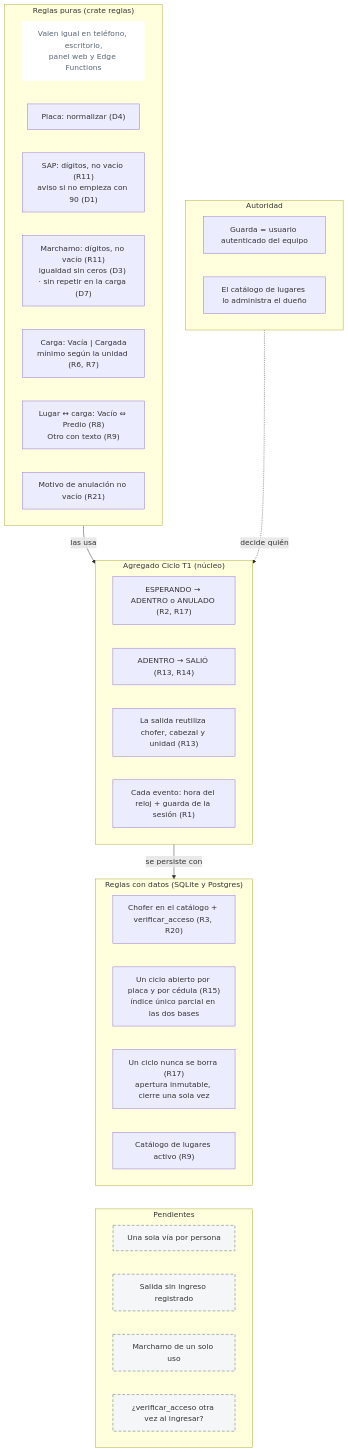
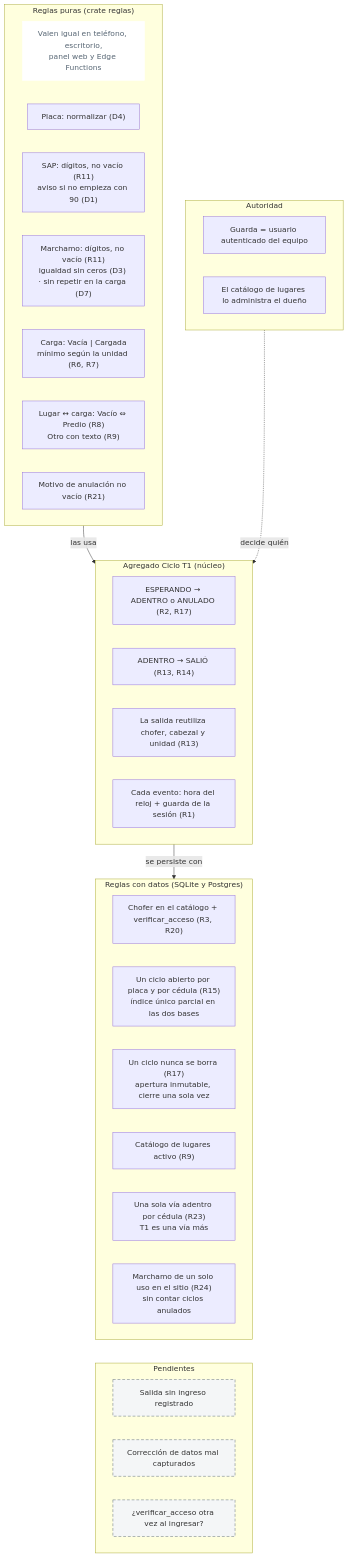
The fifth of 5 diagrams in docs/features-futuras/plan-control-t1.md (DQM27/acceso_CLI), drawn with Mermaid before and after one commit. The commit also changed other lines of this file, not shown here.

First line of the commit message:
docs(t1): característica chofer T1, una sola vía y marchamo de un solo uso

````diff
--- a/docs/features-futuras/plan-control-t1.md
+++ b/docs/features-futuras/plan-control-t1.md
@@ -473,46 +489,47 @@
 ```mermaid
 flowchart TB
     classDef pendiente stroke-dasharray:6 4,stroke:#566573,fill:#f4f6f7
     classDef nota fill:#ffffff,stroke:#ffffff,color:#566573
 
     subgraph P["Reglas puras (crate reglas)"]
         p0["Valen igual en teléfono, escritorio,<br/>panel web y Edge Functions"]:::nota
         p1["Placa: normalizar (D4)"]
         p2["SAP: dígitos, no vacío (R11)<br/>aviso si no empieza con 90 (D1)"]
         p3["Marchamo: dígitos, no vacío (R11)<br/>igualdad sin ceros (D3) · sin repetir en la carga (D7)"]
         p4["Carga: Vacía | Cargada<br/>mínimo según la unidad (R6, R7)"]
         p5["Lugar ↔ carga: Vacío ⇔ Predio (R8)<br/>Otro con texto (R9)"]
         p6["Motivo de anulación no vacío (R21)"]
     end
 
     subgraph A["Agregado Ciclo T1 (núcleo)"]
         a1["ESPERANDO → ADENTRO o ANULADO (R2, R17)"]
         a2["ADENTRO → SALIÓ (R13, R14)"]
         a3["La salida reutiliza chofer, cabezal y unidad (R13)"]
         a4["Cada evento: hora del reloj + guarda de la sesión (R1)"]
     end
 
     subgraph D["Reglas con datos (SQLite y Postgres)"]
         d1["Chofer en el catálogo + verificar_acceso (R3, R20)"]
         d2["Un ciclo abierto por placa y por cédula (R15)<br/>índice único parcial en las dos bases"]
         d3["Un ciclo nunca se borra (R17)<br/>apertura inmutable, cierre una sola vez"]
         d4["Catálogo de lugares activo (R9)"]
+        d5["Una sola vía adentro por cédula (R23)<br/>T1 es una vía más"]
+        d6["Marchamo de un solo uso en el sitio (R24)<br/>sin contar ciclos anulados"]
     end
 
     subgraph U["Autoridad"]
         u1["Guarda = usuario autenticado del equipo"]
         u2["El catálogo de lugares lo administra el dueño"]
     end
 
     subgraph Q["Pendientes"]
-        q1["Una sola vía por persona"]:::pendiente
         q2["Salida sin ingreso registrado"]:::pendiente
-        q3["Marchamo de un solo uso"]:::pendiente
+        q3["Corrección de datos mal capturados"]:::pendiente
         q4["¿verificar_acceso otra vez al ingresar?"]:::pendiente
     end
 
     P -- "las usa" --> A
     A -- "se persiste con" --> D
     U -. "decide quién" .-> A
     D ~~~ Q
 ```
````
